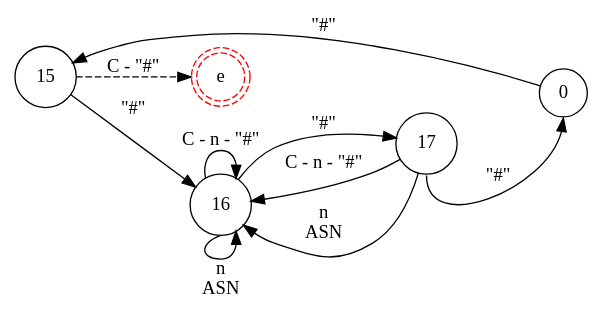
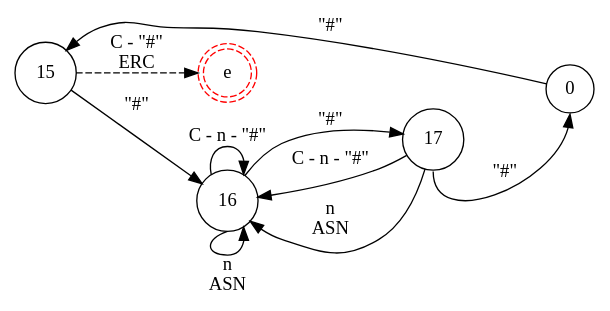
Before and after one commit to iroumec/RouVel-Compiler: the diagram in resources/diagrams/errors/comments.dot, drawn with Graphviz. The commit also changed 17 other files, not shown here.

```diff
--- a/resources/diagrams/errors/comments.dot
+++ b/resources/diagrams/errors/comments.dot
@@ -1,15 +1,15 @@
 digraph DFA {
     rankdir = LR;
     node [shape = circle;];
     e [shape = doublecircle;style = dashed;color = red;];
     
     0 -> 15 [label = "\"#\"";];
-    15 -> e [label = "C - \"#\""; style = dashed;];
+    15 -> e [label = "C - \"#\" \n ERC"; style = dashed;];
     15 -> 16 [label = "\"#\"";];
     16 -> 16 [label = "C - n - \"#\"";];
     16 -> 16 [label = "n \n ASN"; tailport = s;];
     16 -> 17 [label = "\"#\"";];
     17 -> 16 [label = "C - n - \"#\"";];
     17 -> 16 [label = "n \n ASN";];
     17 -> 0 [label = "\"#\""; headport = s; tailport = s;];
 }
```
